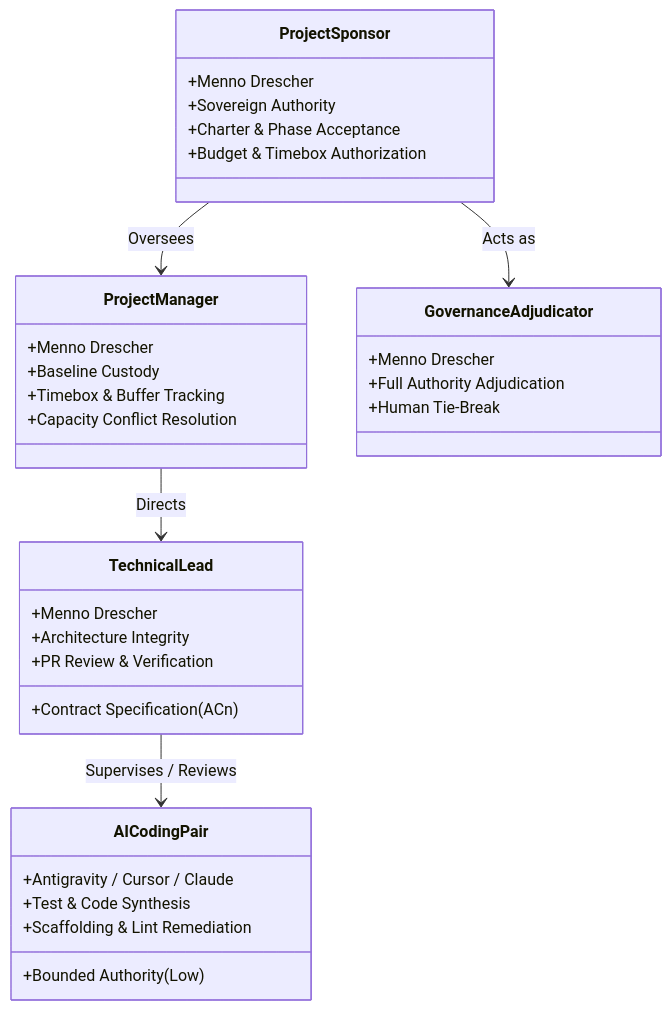
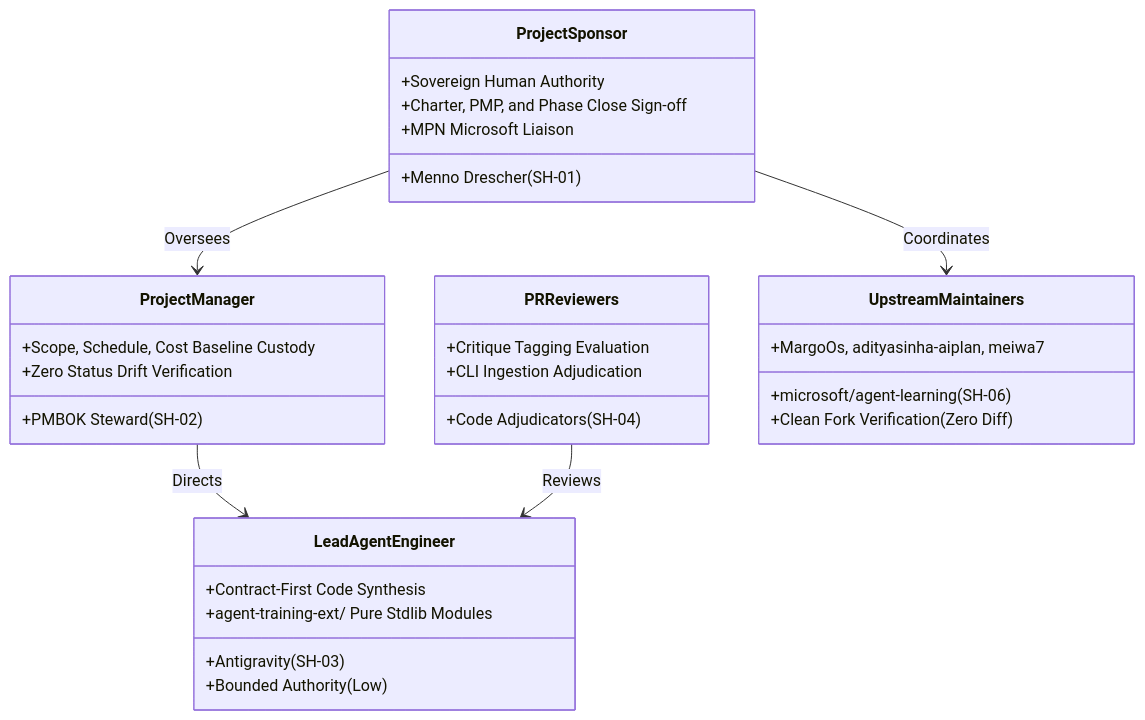
Before and after one commit to mdresch/agent-learning: the diagram in docs/project-docs/management-plans/resource-baseline/foundation/Resource-Role-Catalogue.md, drawn with Mermaid. The commit also changed other lines of this file and 187 other files, not shown here.

Commit message:
feat(phase2): stage 1-8 governance foundation packs, decision frames, and epic 14 critique-evidence implementation

````diff
--- a/docs/project-docs/management-plans/resource-baseline/foundation/Resource-Role-Catalogue.md
+++ b/docs/project-docs/management-plans/resource-baseline/foundation/Resource-Role-Catalogue.md
@@ -27,37 +27,35 @@
 ```mermaid
 classDiagram
     class ProjectSponsor {
-        +Menno Drescher
-        +Sovereign Authority
-        +Charter & Phase Acceptance
-        +Budget & Timebox Authorization
+        +Menno Drescher (SH-01)
+        +Sovereign Human Authority
+        +Charter, PMP, and Phase Close Sign-off
+        +MPN Microsoft Liaison
     }
     class ProjectManager {
-        +Menno Drescher
-        +Baseline Custody
-        +Timebox & Buffer Tracking
-        +Capacity Conflict Resolution
+        +PMBOK Steward (SH-02)
+        +Scope, Schedule, Cost Baseline Custody
+        +Zero Status Drift Verification
     }
-    class TechnicalLead {
-        +Menno Drescher
-        +Architecture Integrity
-        +Contract Specification (ACn)
-        +PR Review & Verification
-    }
-    class AICodingPair {
-        +Antigravity / Cursor / Claude
-        +Test & Code Synthesis
-        +Scaffolding & Lint Remediation
+    class LeadAgentEngineer {
+        +Antigravity (SH-03)
+        +Contract-First Code Synthesis
+        +agent-training-ext/ Pure Stdlib Modules
         +Bounded Authority (Low)
     }
-    class GovernanceAdjudicator {
-        +Menno Drescher
-        +Full Authority Adjudication
-        +Human Tie-Break
+    class PRReviewers {
+        +Code Adjudicators (SH-04)
+        +Critique Tagging Evaluation
+        +CLI Ingestion Adjudication
+    }
+    class UpstreamMaintainers {
+        +microsoft/agent-learning (SH-06)
+        +MargoOs, adityasinha-aiplan, meiwa7
+        +Clean Fork Verification (Zero Diff)
     }
 
     ProjectSponsor --> ProjectManager : Oversees
-    ProjectManager --> TechnicalLead : Directs
-    TechnicalLead --> AICodingPair : Supervises / Reviews
-    ProjectSponsor --> GovernanceAdjudicator : Acts as
+    ProjectManager --> LeadAgentEngineer : Directs
+    ProjectSponsor --> UpstreamMaintainers : Coordinates
+    PRReviewers --> LeadAgentEngineer : Reviews
 ```
````
